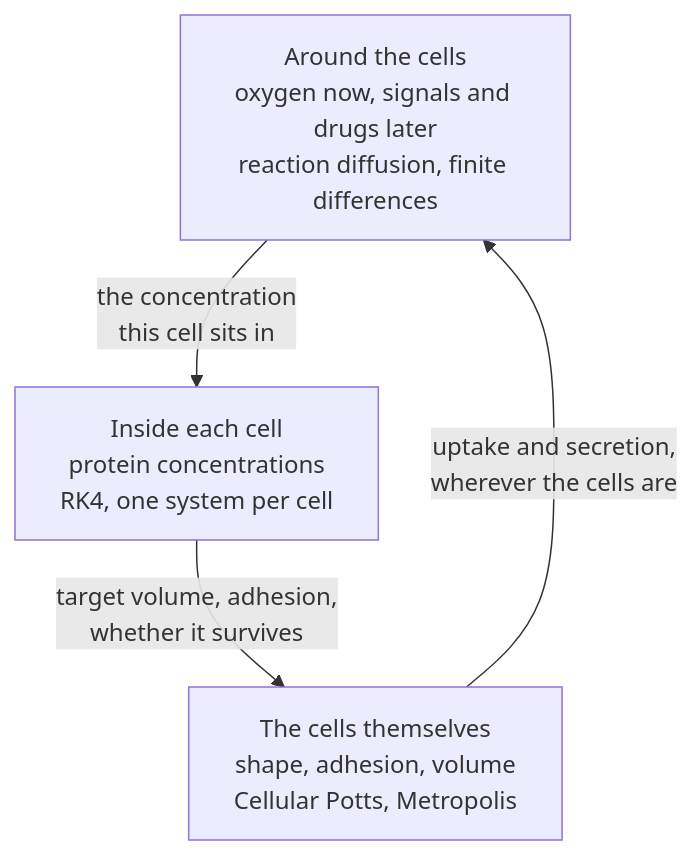
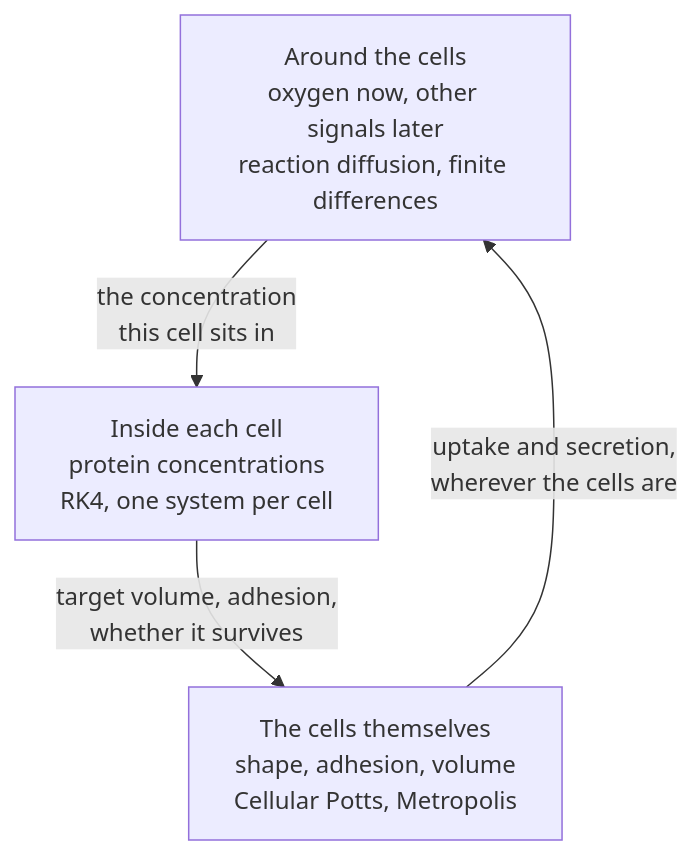
Before and after one commit to ngodzik/cellweave: the first of 3 diagrams in README.md, drawn with Mermaid. The commit also changed other lines of this file and 9 other files, not shown here.

````diff
--- a/README.md
+++ b/README.md
@@ -33,10 +33,10 @@
 ```mermaid
 flowchart TD
-    PDE["Around the cells<br/>oxygen now, signals and drugs later<br/>reaction diffusion, finite differences"]
+    PDE["Around the cells<br/>oxygen now, other signals later<br/>reaction diffusion, finite differences"]
     ODE["Inside each cell<br/>protein concentrations<br/>RK4, one system per cell"]
     CPM["The cells themselves<br/>shape, adhesion, volume<br/>Cellular Potts, Metropolis"]
 
     PDE -->|"the concentration<br/>this cell sits in"| ODE
     ODE -->|"target volume, adhesion,<br/>whether it survives"| CPM
     CPM -->|"uptake and secretion,<br/>wherever the cells are"| PDE
 ```
````
